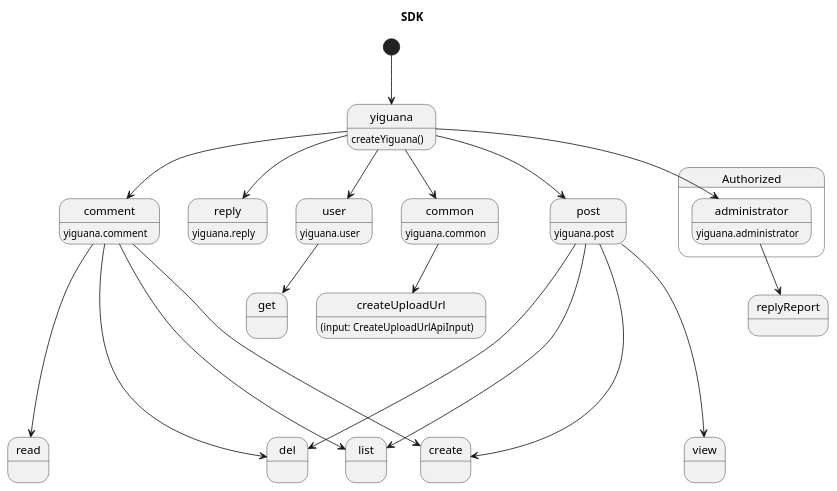
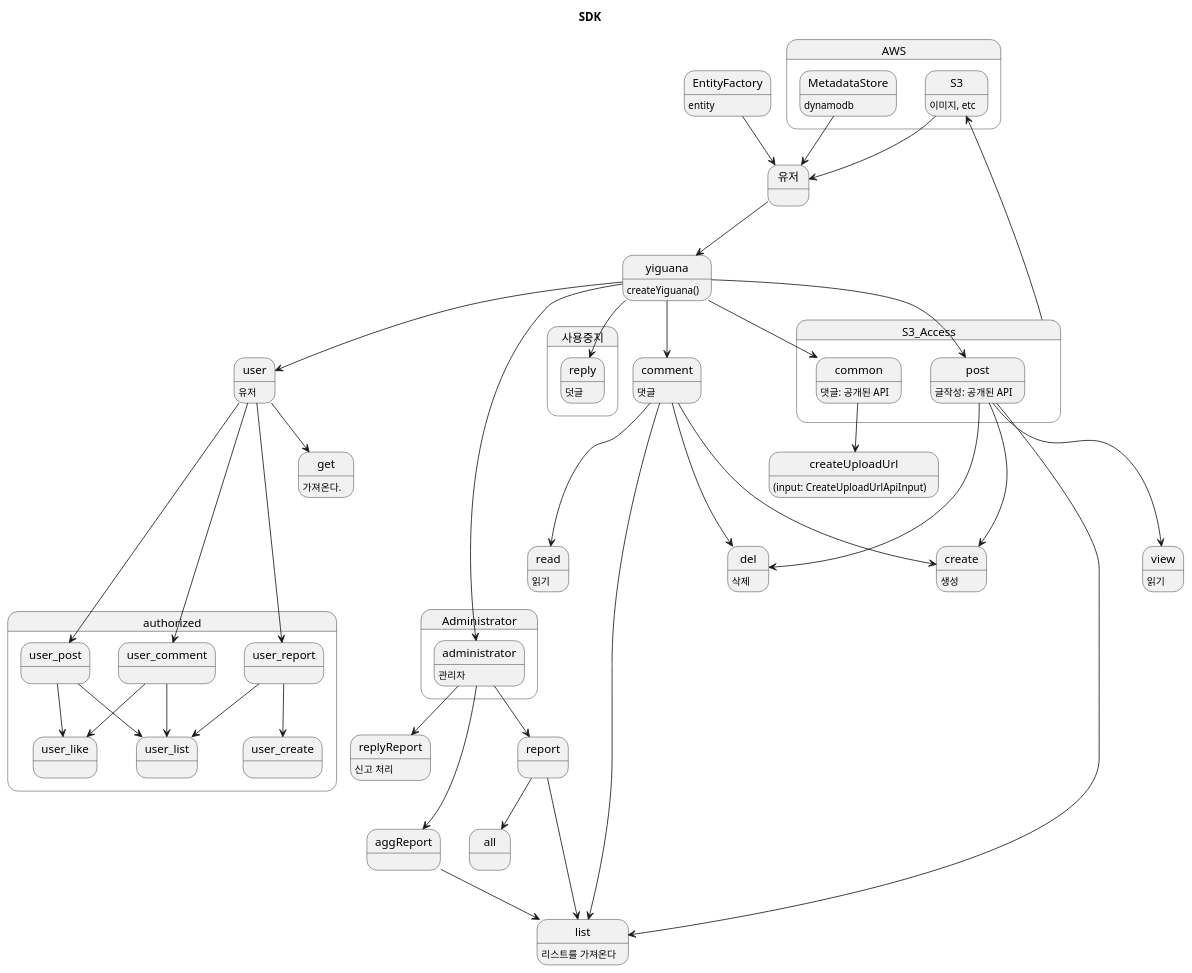
One commit to deptno/yiguana changed the diagram in asset/puml/sdk.puml. Above: the diagram before and after it, drawn with PlantUML. The commit also changed 7 other files, not shown here.

```diff
--- a/asset/puml/sdk.puml
+++ b/asset/puml/sdk.puml
@@ -1,52 +1,82 @@
-@startuml class-diagram
+@startuml
 title SDK
 
 top to bottom direction
 
+EntityFactory: entity
+
+state AWS {
+    S3: 이미지, etc
+    MetadataStore: dynamodb
+}
+
 yiguana: createYiguana()
-common: yiguana.common
-post: yiguana.post
-comment: yiguana.comment
-reply: yiguana.reply
-user: yiguana.user
-state Authorized {
-    administrator: yiguana.administrator
+comment: 댓글
+state 사용중지 {
+    reply: 덧글
 }
+user: 유저
+state Administrator {
+    administrator: 관리자
+}
+state S3_Access {
+    common: 댓글: 공개된 API
+    post: 글작성: 공개된 API
+}
+replyReport: 신고 처리
 
 createUploadUrl: (input: CreateUploadUrlApiInput)
 
-list:
-create:
-read:
-del:
-view:
-get:
+list: 리스트를 가져온다
+create: 생성
+read: 읽기
+del: 삭제
+view: 읽기
+get: 가져온다.
 
-[*] --> yiguana
+MetadataStore -down-> 유저
+EntityFactory -down-> 유저
+S3 -down-> 유저
+S3_Access ---up-> S3
+유저 --> yiguana
 yiguana --> common
 yiguana --> post
 yiguana --> comment
 yiguana --> reply
 yiguana --> user
-yiguana --> administrator
+yiguana -----> administrator
 
 common --> createUploadUrl
 
-post ----> list
-post ----> create
-post ----> del
-post ----> view
-comment ----> list
-comment ----> create
-comment ----> read
-comment ----> del
+post ---> list
+post ---> create
+post ---> del
+post ---> view
+comment ---> list
+comment ---> create
+comment ---> read
+comment ---> del
 
 user --> get
 administrator --> replyReport
+administrator --> aggReport
+administrator --> report
 
+aggReport --> list
+report --> all
+report ---> list
 
+state authorized {
+    user ----> user_post
+    user ----> user_comment
+    user ----> user_report
 
-
-
+    user_post --> user_list
+    user_post --> user_like
+    user_comment --> user_list
+    user_comment --> user_like
+    user_report --> user_create
+    user_report --> user_list
+}
 
 @enduml
```
